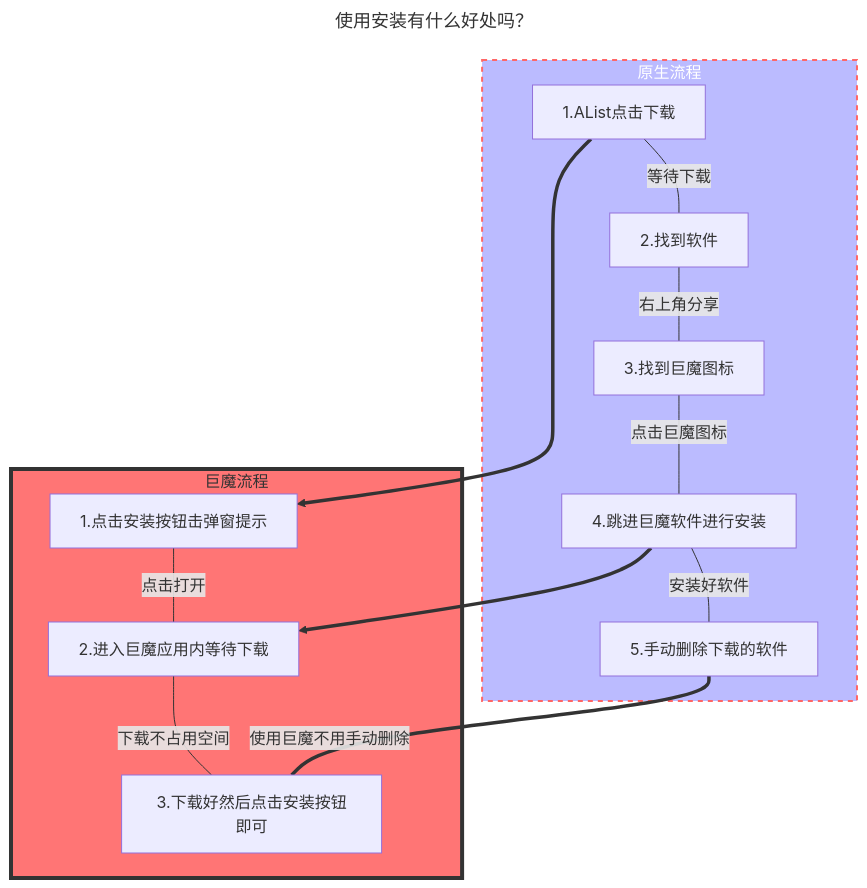
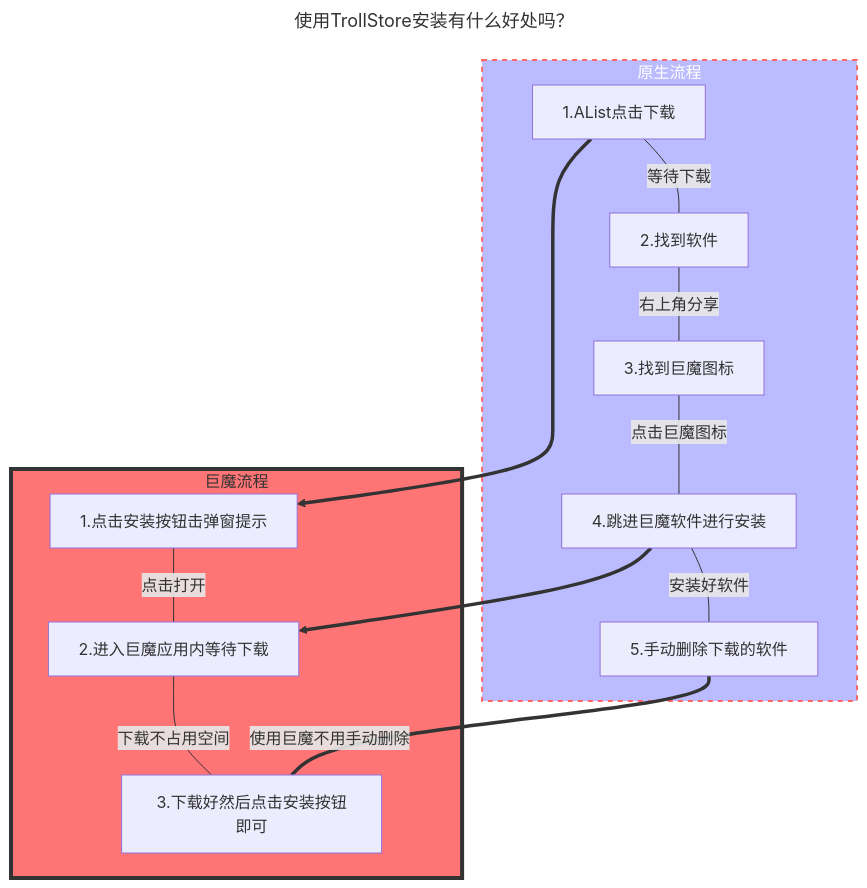
The diagram in docs/zh/guide/advanced/ipa.md (alist-org/docs), drawn with Mermaid before and after one commit. The commit also changed other lines of this file and 79 other files, not shown here.

````diff
--- a/docs/zh/guide/advanced/ipa.md
+++ b/docs/zh/guide/advanced/ipa.md
@@ -119,21 +121,21 @@
 ```mermaid
 ---
-title: 使用安装有什么好处吗？
+title: 使用TrollStore安装有什么好处吗？
 ---
 flowchart TB
     subgraph A[原生流程]
     style A fill:#bbf,stroke:#f66,stroke-width:2px,color:#fff,stroke-dasharray: 5 5
     style B fill:#ff7575,stroke:#333,stroke-width:4px
     C[1.AList点击下载]---|等待下载|D[2.找到软件]
     D---|右上角分享|F[3.找到巨魔图标]
     F---|点击巨魔图标|G[4.跳进巨魔软件进行安装]
     G---|安装好软件|H[5.手动删除下载的软件]
     end
     subgraph B[巨魔流程]
     I[1.点击安装按钮击弹窗提示]---|点击打开|J[2.进入巨魔应用内等待下载]
     J---|下载不占用空间|K[3.下载好然后点击安装按钮即可]
     end
     C==>I
     G==>J
     H===|使用巨魔不用手动删除|K
 ```
````
